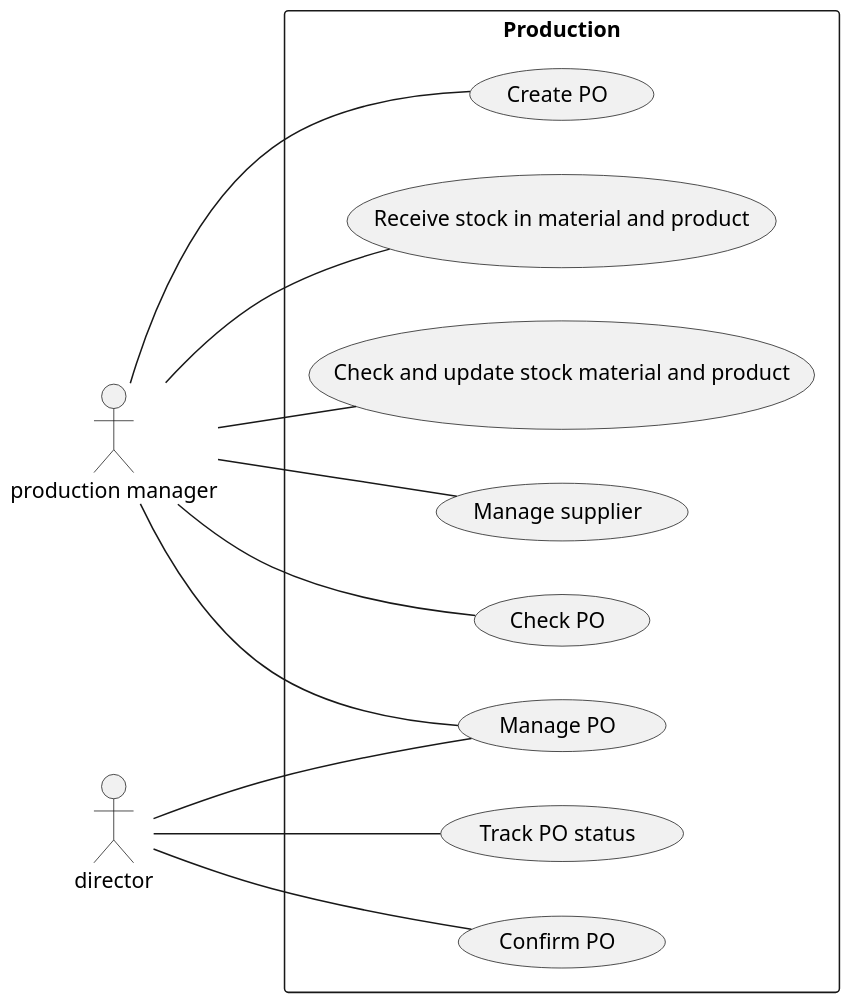
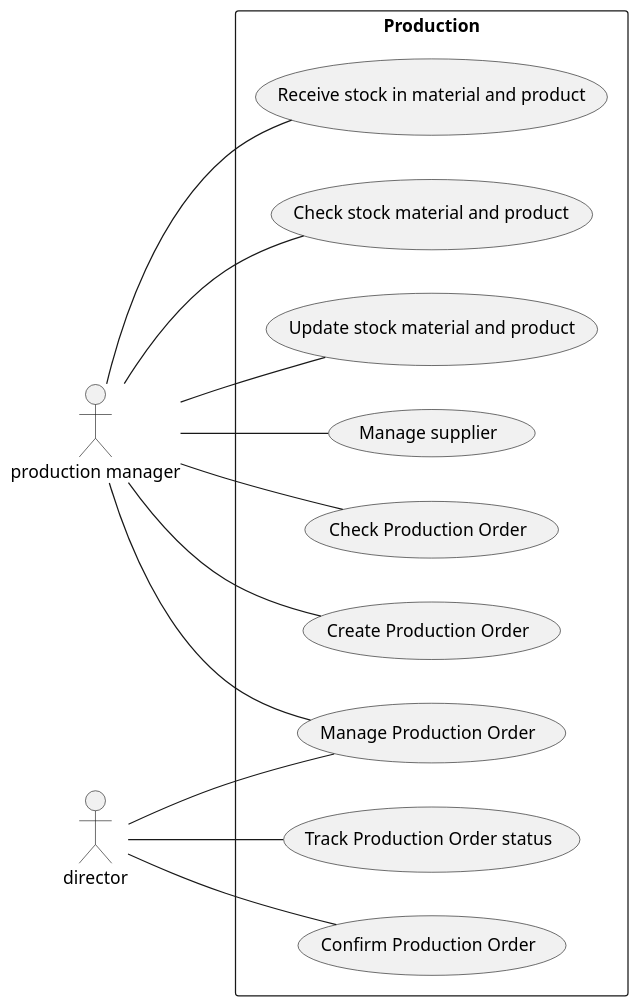
One commit to phihungha/scmss-reqs changed the diagram in use-cases/Production.plantuml. Above: the diagram before and after it, drawn with PlantUML. The commit also changed 3 other files, not shown here.

```diff
--- a/use-cases/Production.plantuml
+++ b/use-cases/Production.plantuml
@@ -1,32 +1,34 @@
 @startuml sample
 
 left to right direction
 scale 1000 width
 scale 1000 height
 
 actor "production planner" as pm
 actor "production manager" as pm
 actor "director" as di
 
 rectangle Production {
-  usecase "Track PO status" as UC0
-  usecase "Manage PO" as UC1
+  usecase "Track Production Order status" as UC0
+  usecase "Manage Production Order" as UC1
   usecase "Manage supplier" as UC2
-  usecase "Check PO" as UC3
-  usecase "Create PO" as UC4
-  usecase "Confirm PO" as UC5
+  usecase "Check Production Order" as UC3
+  usecase "Create Production Order" as UC4
+  usecase "Confirm Production Order" as UC5
   usecase "Receive stock in material and product" as UC6
-  usecase "Check and update stock material and product" as UC7
+  usecase "Check stock material and product" as UC7
+  usecase "Update stock material and product" as UC8
   }
 di -- UC0
 di -- UC1
 di -- UC5
 pm -- UC1
 pm -- UC2
 pm -- UC3
 pm -- UC4
 pm -- UC6
 pm -- UC7
+pm -- UC8
 
 
 @enduml
```
